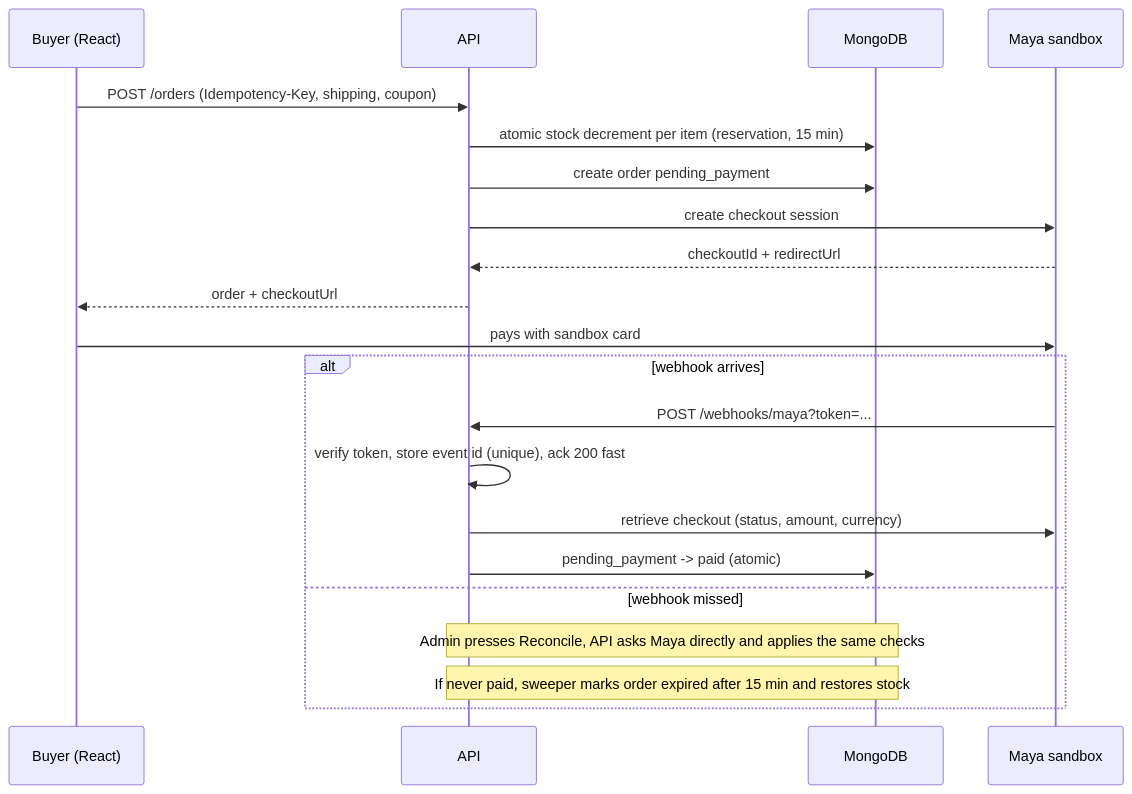
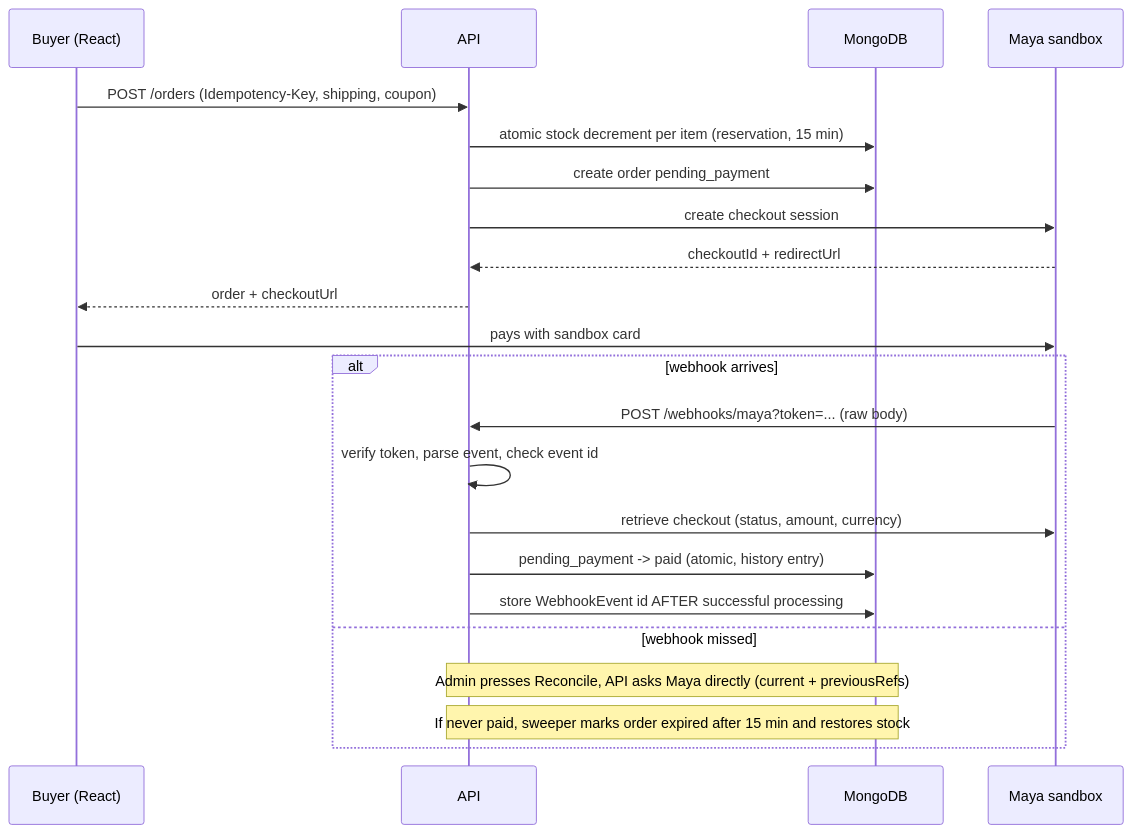
The third of 5 diagrams in docs/architecture.md (jydhan15/thrift-store), drawn with Mermaid before and after one commit. The commit also changed other lines of this file and 52 other files, not shown here.

````diff
--- a/docs/architecture.md
+++ b/docs/architecture.md
@@ -15,23 +38,24 @@
 ```mermaid
 sequenceDiagram
   participant U as Buyer (React)
   participant A as API
   participant D as MongoDB
   participant P as Maya sandbox
   U->>A: POST /orders (Idempotency-Key, shipping, coupon)
   A->>D: atomic stock decrement per item (reservation, 15 min)
   A->>D: create order pending_payment
   A->>P: create checkout session
   P-->>A: checkoutId + redirectUrl
   A-->>U: order + checkoutUrl
   U->>P: pays with sandbox card
   alt webhook arrives
-    P->>A: POST /webhooks/maya?token=...
-    A->>A: verify token, store event id (unique), ack 200 fast
+    P->>A: POST /webhooks/maya?token=... (raw body)
+    A->>A: verify token, parse event, check event id
     A->>P: retrieve checkout (status, amount, currency)
-    A->>D: pending_payment -> paid (atomic)
+    A->>D: pending_payment -> paid (atomic, history entry)
+    A->>D: store WebhookEvent id AFTER successful processing
   else webhook missed
-    Note over A,D: Admin presses Reconcile, API asks Maya directly and applies the same checks
+    Note over A,D: Admin presses Reconcile, API asks Maya directly (current + previousRefs)
     Note over A,D: If never paid, sweeper marks order expired after 15 min and restores stock
   end
 ```
````
